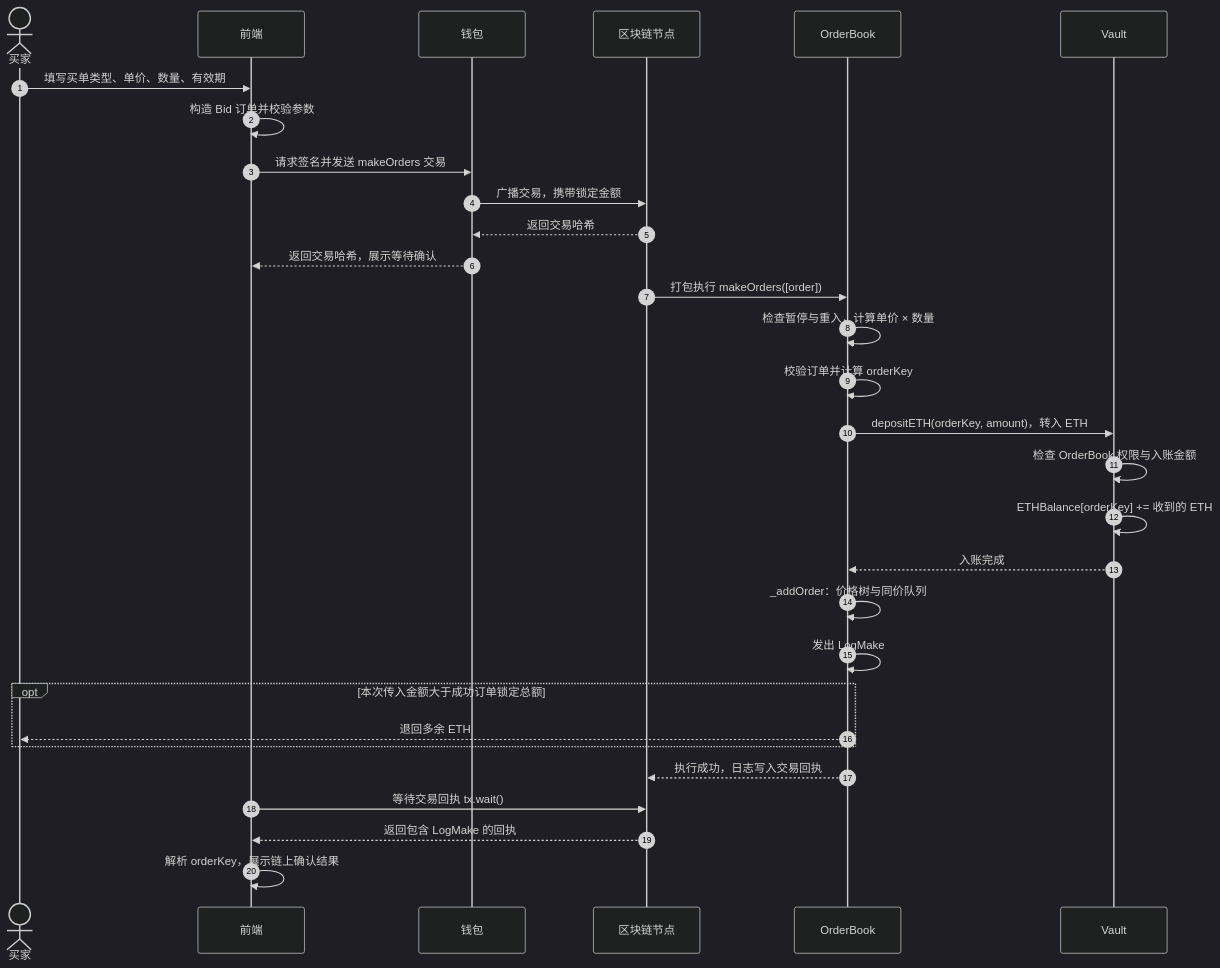
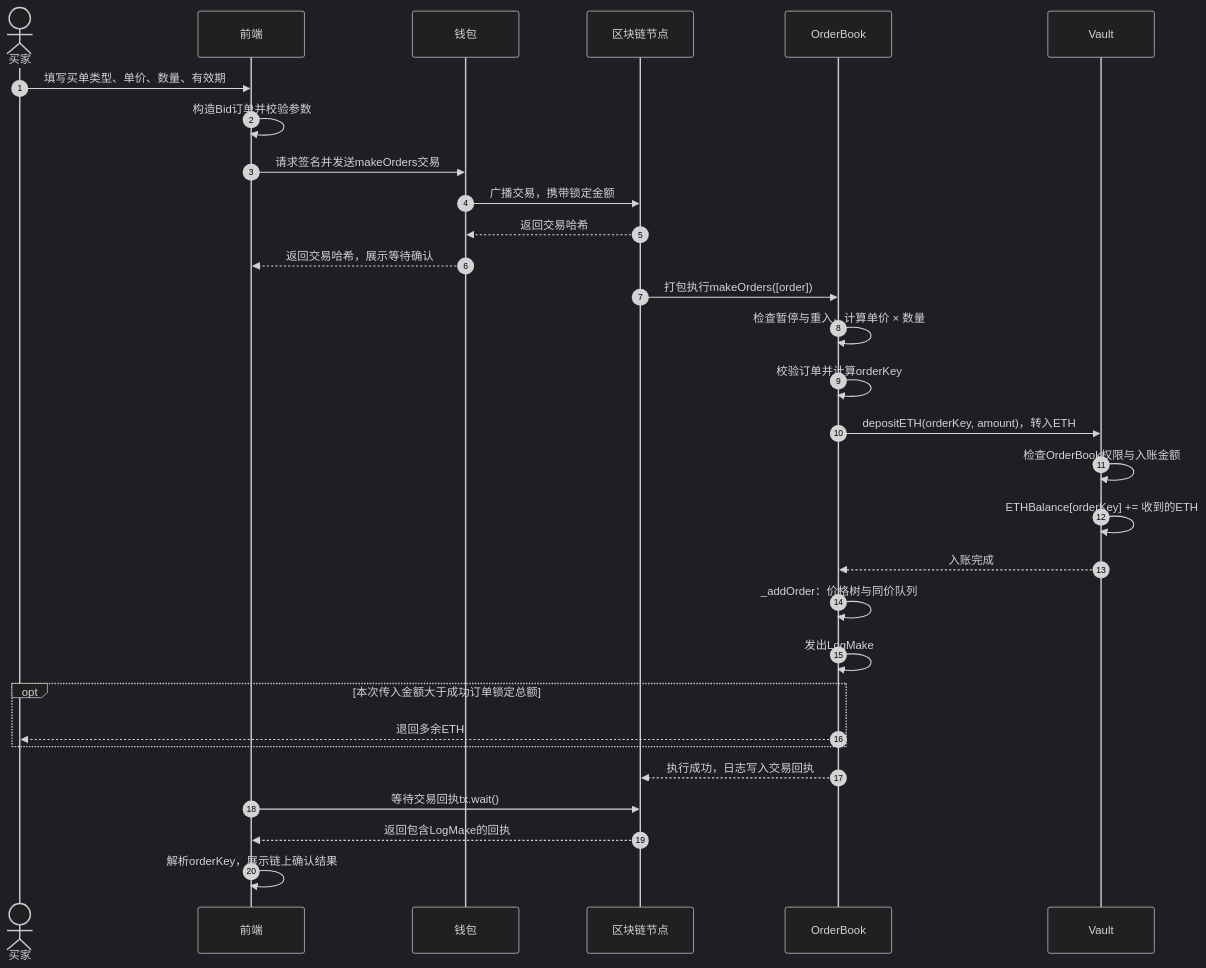
Before and after one commit to zane868/NFTMarket_study: the second of 8 diagrams in docs/学习总结.md, drawn with Mermaid (dark theme). The commit also changed other lines of this file, not shown here.

````diff
--- a/docs/学习总结.md
+++ b/docs/学习总结.md
@@ -68,34 +76,34 @@
 ```mermaid
 sequenceDiagram
     autonumber
     actor Buyer as 买家
     participant FE as 前端
     participant Wallet as 钱包
     participant RPC as 区块链节点
     participant Book as OrderBook
     participant Vault as Vault
 
     Buyer->>FE: 填写买单类型、单价、数量、有效期
-    FE->>FE: 构造 Bid 订单并校验参数
-    FE->>Wallet: 请求签名并发送 makeOrders 交易
+    FE->>FE: 构造Bid订单并校验参数
+    FE->>Wallet: 请求签名并发送makeOrders交易
     Wallet->>RPC: 广播交易，携带锁定金额
     RPC-->>Wallet: 返回交易哈希
     Wallet-->>FE: 返回交易哈希，展示等待确认
 
-    RPC->>Book: 打包执行 makeOrders([order])
+    RPC->>Book: 打包执行makeOrders([order])
     Book->>Book: 检查暂停与重入，计算单价 × 数量
-    Book->>Book: 校验订单并计算 orderKey
-    Book->>Vault: depositETH(orderKey, amount)，转入 ETH
-    Vault->>Vault: 检查 OrderBook 权限与入账金额
-    Vault->>Vault: ETHBalance[orderKey] += 收到的 ETH
+    Book->>Book: 校验订单并计算orderKey
+    Book->>Vault: depositETH(orderKey, amount)，转入ETH
+    Vault->>Vault: 检查OrderBook权限与入账金额
+    Vault->>Vault: ETHBalance[orderKey] += 收到的ETH
     Vault-->>Book: 入账完成
     Book->>Book: _addOrder：价格树与同价队列
-    Book->>Book: 发出 LogMake
+    Book->>Book: 发出LogMake
     opt 本次传入金额大于成功订单锁定总额
-        Book-->>Buyer: 退回多余 ETH
+        Book-->>Buyer: 退回多余ETH
     end
     Book-->>RPC: 执行成功，日志写入交易回执
-    FE->>RPC: 等待交易回执 tx.wait()
-    RPC-->>FE: 返回包含 LogMake 的回执
-    FE->>FE: 解析 orderKey，展示链上确认结果
+    FE->>RPC: 等待交易回执tx.wait()
+    RPC-->>FE: 返回包含LogMake的回执
+    FE->>FE: 解析orderKey，展示链上确认结果
 ```
````
